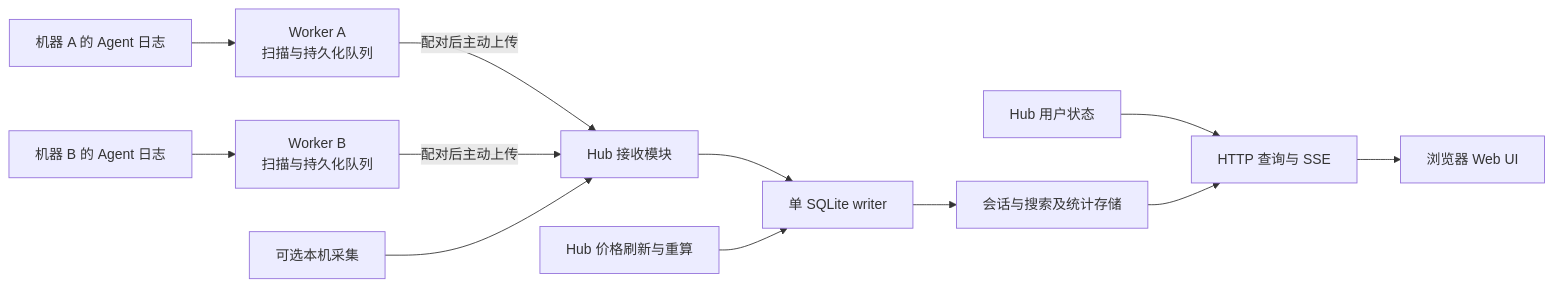
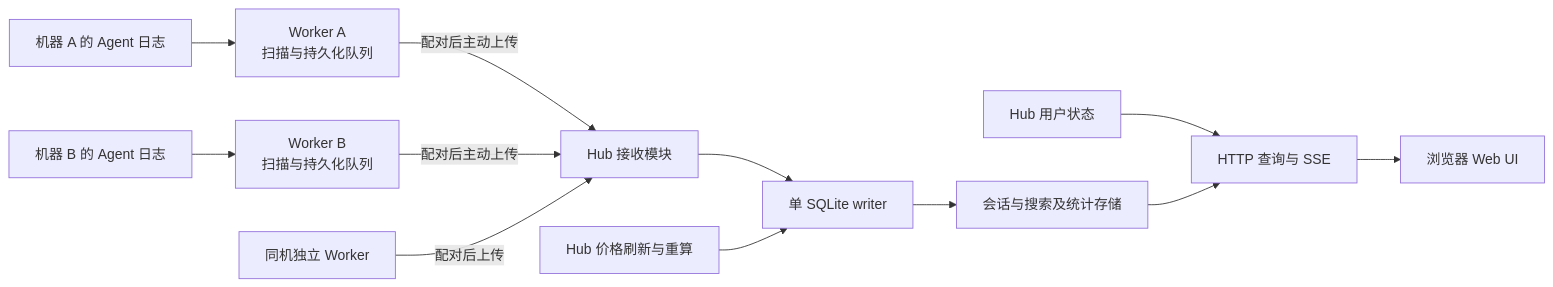
Before and after one commit to xingkaixin/codesesh: the diagram in docs/hub-worker-design.md, drawn with Mermaid. The commit also changed other lines of this file and 3 other files, not shown here.

````diff
--- a/docs/hub-worker-design.md
+++ b/docs/hub-worker-design.md
@@ -105,14 +105,14 @@
 ```mermaid
 flowchart LR
     A[机器 A 的 Agent 日志] --> WA[Worker A\n扫描与持久化队列]
     B[机器 B 的 Agent 日志] --> WB[Worker B\n扫描与持久化队列]
     WA -->|配对后主动上传| I[Hub 接收模块]
     WB -->|配对后主动上传| I
-    L[可选本机采集] --> I
+    L[同机独立 Worker] -->|配对后上传| I
     I --> W[单 SQLite writer]
     W --> D[会话与搜索及统计存储]
     U[Hub 用户状态] --> Q[HTTP 查询与 SSE]
     D --> Q
     Q --> UI[浏览器 Web UI]
     P[Hub 价格刷新与重算] --> W
 ```
````
